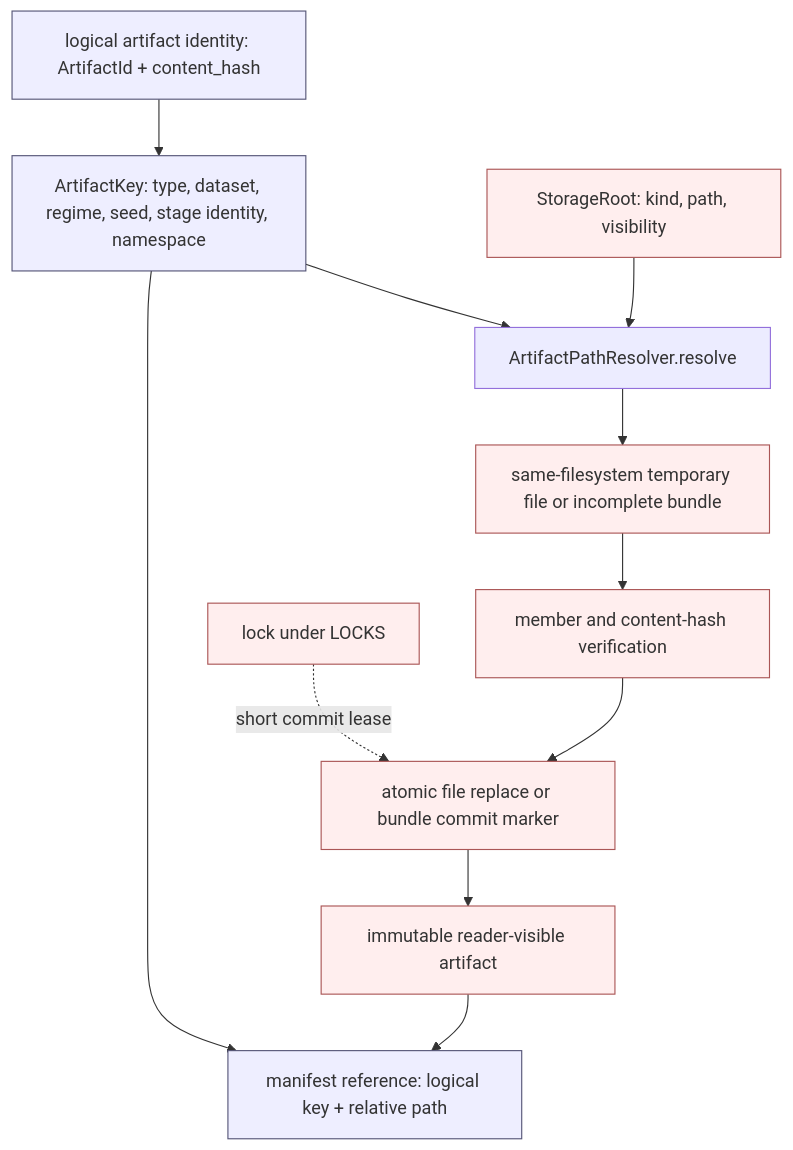
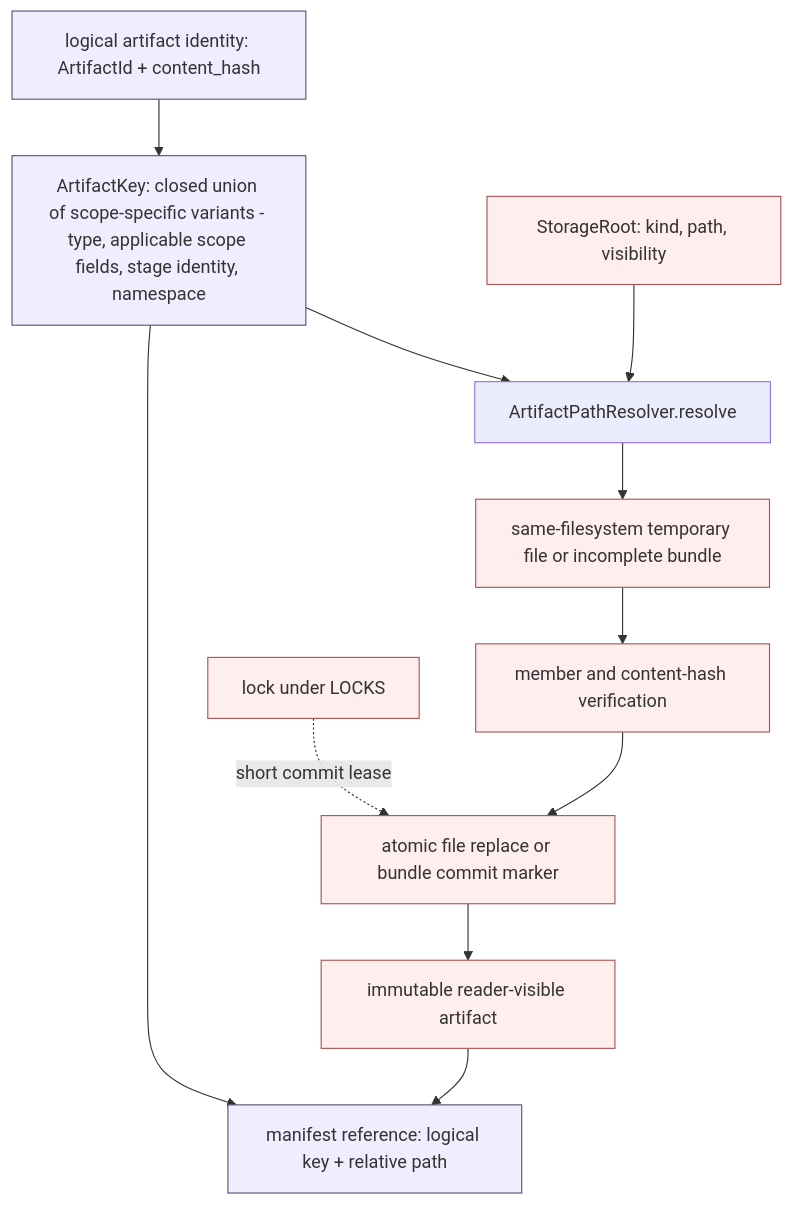
Before and after one commit to naslouby-salahe/datp-core: the seventh of 10 diagrams in docs/DATP Core Architecture.md, drawn with Mermaid. The commit also changed other lines of this file, not shown here.

````diff
--- a/docs/DATP Core Architecture.md
+++ b/docs/DATP Core Architecture.md
@@ -1494,29 +1550,29 @@
 ```mermaid
 graph TD
     ID[logical artifact identity: ArtifactId + content_hash]
-    KEY[ArtifactKey: type, dataset, regime, seed, stage identity, namespace]
+    KEY[ArtifactKey: closed union of scope-specific variants - type, applicable scope fields, stage identity, namespace]
     ROOT[StorageRoot: kind, path, visibility]
     RES[ArtifactPathResolver.resolve]
     TMP[same-filesystem temporary file or incomplete bundle]
     VERIFY[member and content-hash verification]
     COMMIT[atomic file replace or bundle commit marker]
     FINAL[immutable reader-visible artifact]
     MAN[manifest reference: logical key + relative path]
     LOCK[lock under LOCKS]
 
     ID --> KEY
     KEY --> RES
     ROOT --> RES
     RES --> TMP
     TMP --> VERIFY
     LOCK -.short commit lease.-> COMMIT
     VERIFY --> COMMIT
     COMMIT --> FINAL
     FINAL --> MAN
     KEY --> MAN
 
     classDef logical fill:#eef,stroke:#557;
     classDef physical fill:#fee,stroke:#a55;
     class ID,KEY,MAN logical;
     class ROOT,TMP,VERIFY,COMMIT,FINAL,LOCK physical;
 ```
````
